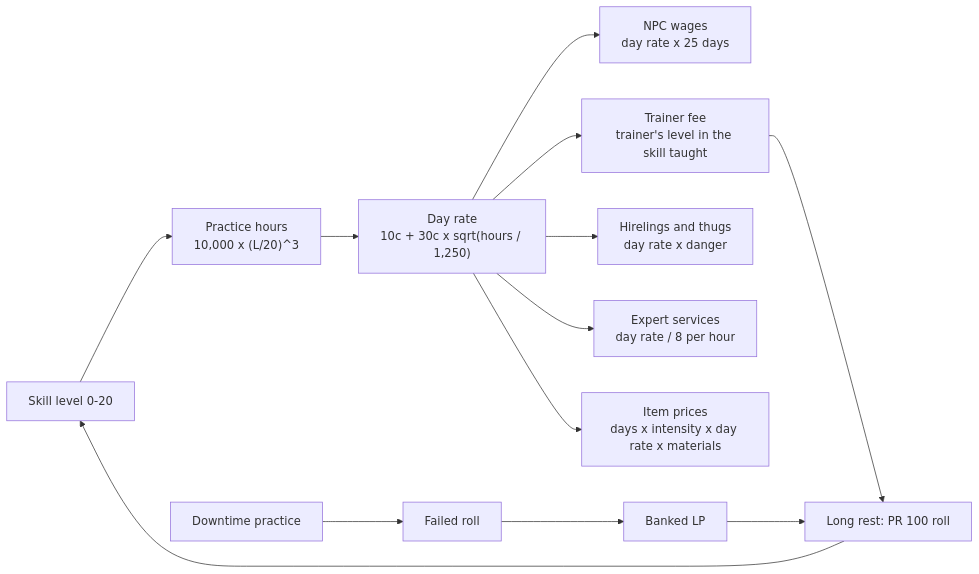
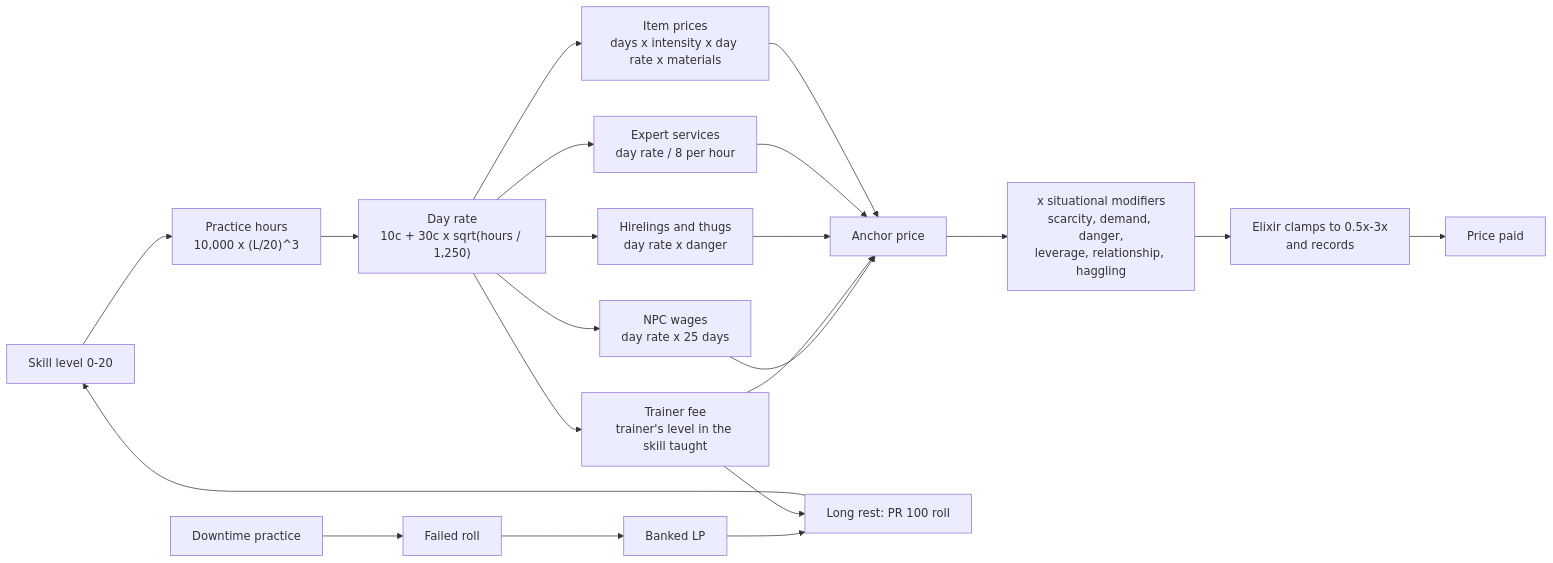
The diagram in docs/design-skills-economy.md (fpahlen/ex-tales-forge), drawn with Mermaid before and after one commit. The commit also changed other lines of this file and 2 other files, not shown here.

Commit message:
Skills/economy note: formulas are anchors, bounded situational modifiers (0.5x-3x), hours as narrative bands; decision 2026-10-09

````diff
--- a/docs/design-skills-economy.md
+++ b/docs/design-skills-economy.md
@@ -27,13 +30,16 @@
 ```mermaid
 flowchart LR
   L[Skill level 0-20] --> H["Practice hours<br/>10,000 x (L/20)^3"]
   H --> D["Day rate<br/>10c + 30c x sqrt(hours / 1,250)"]
   D --> W[NPC wages<br/>day rate x 25 days]
   D --> T[Trainer fee<br/>trainer's level in the skill taught]
   D --> R[Hirelings and thugs<br/>day rate x danger]
   D --> S[Expert services<br/>day rate / 8 per hour]
   D --> P[Item prices<br/>days x intensity x day rate x materials]
+  W & T & R & S & P --> A[Anchor price]
+  A --> M["x situational modifiers<br/>scarcity, demand, danger,<br/>leverage, relationship, haggling"]
+  M --> C["Elixir clamps to 0.5x-3x<br/>and records"] --> Q[Price paid]
   F[Failed roll] --> LP[Banked LP] --> N["Long rest: PR 100 roll"] --> L
   X[Downtime practice] --> F
   T --> N
 ```
````
